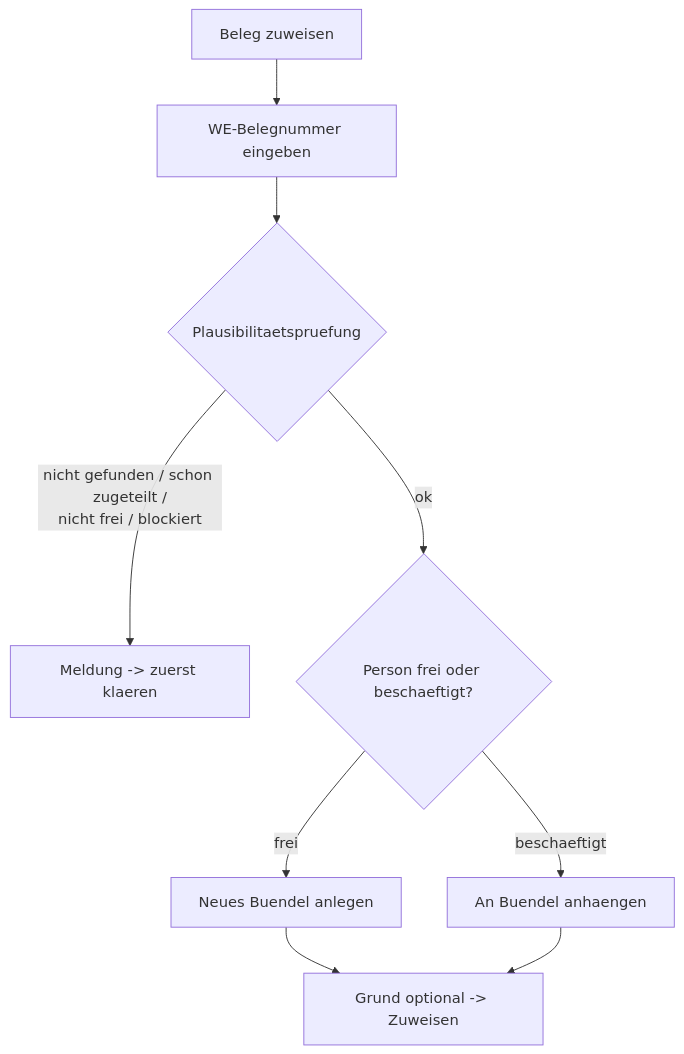
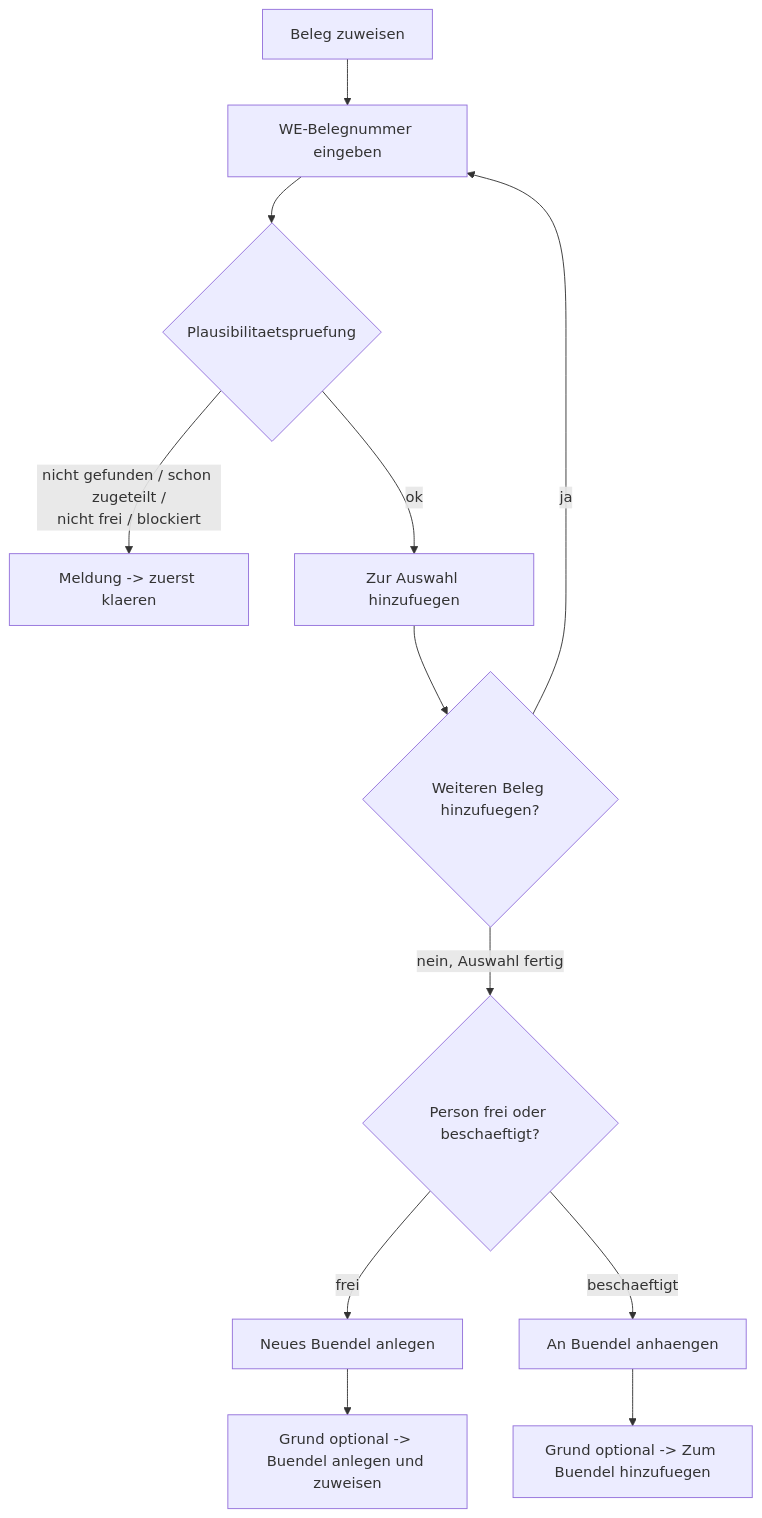
The diagram in docs/handbook/b3-mitarbeiterboard.md (officialoniichat/paketdispov2), drawn with Mermaid before and after one commit. The commit also changed other lines of this file and 21 other files, not shown here.

````diff
--- a/docs/handbook/b3-mitarbeiterboard.md
+++ b/docs/handbook/b3-mitarbeiterboard.md
@@ -65,11 +82,14 @@
 ```mermaid
 flowchart TD
     A[Beleg zuweisen] --> B[WE-Belegnummer eingeben]
     B --> C{Plausibilitaetspruefung}
     C -- nicht gefunden / schon zugeteilt /<br/>nicht frei / blockiert --> D[Meldung -> zuerst klaeren]
-    C -- ok --> E{Person frei oder beschaeftigt?}
+    C -- ok --> Z[Zur Auswahl hinzufuegen]
+    Z --> W{Weiteren Beleg hinzufuegen?}
+    W -- ja --> B
+    W -- nein, Auswahl fertig --> E{Person frei oder beschaeftigt?}
     E -- frei --> F[Neues Buendel anlegen]
     E -- beschaeftigt --> G[An Buendel anhaengen]
-    F --> H[Grund optional -> Zuweisen]
-    G --> H
+    F --> H[Grund optional -> Buendel anlegen und zuweisen]
+    G --> I[Grund optional -> Zum Buendel hinzufuegen]
 ```
````
